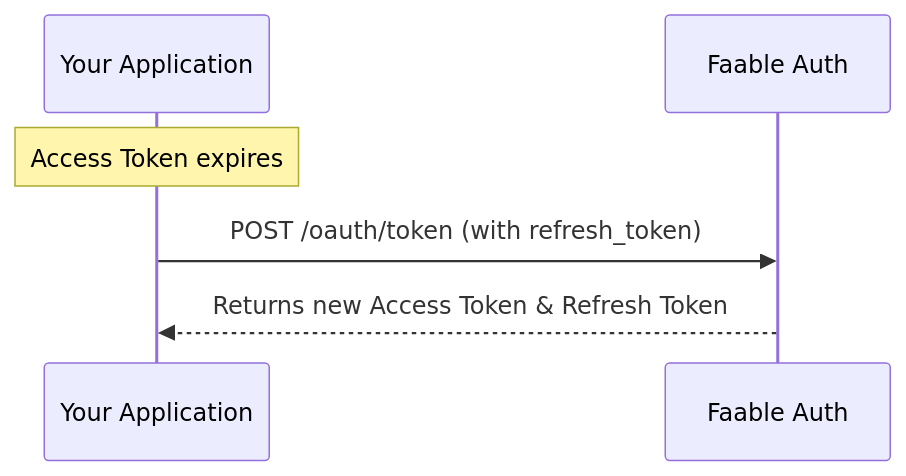
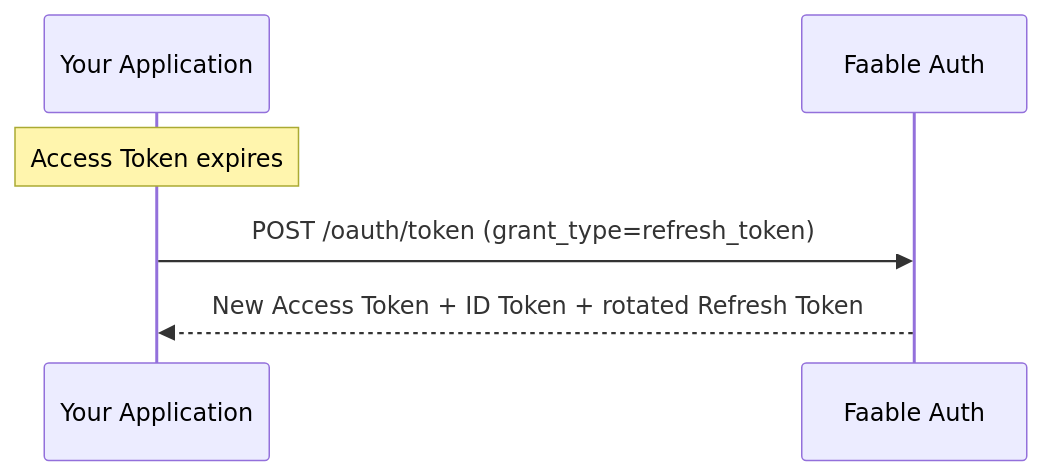
Before and after one commit to faablecloud/docs: the diagram in content/auth/oauth-flows/refresh-token.mdx, drawn with Mermaid. The commit also changed other lines of this file and 2 other files, not shown here.

First line of the commit message:
docs(auth): rewrite refresh-token and device-code pages for ads landings

````diff
--- a/content/auth/oauth-flows/refresh-token.mdx
+++ b/content/auth/oauth-flows/refresh-token.mdx
@@ -14,9 +19,9 @@
 ```mermaid
 sequenceDiagram
     participant App as Your Application
     participant Faable as Faable Auth
 
     Note over App: Access Token expires
-    App->>Faable: POST /oauth/token (with refresh_token)
-    Faable-->>App: Returns new Access Token & Refresh Token
+    App->>Faable: POST /oauth/token (grant_type=refresh_token)
+    Faable-->>App: New Access Token + ID Token + rotated Refresh Token
 ```
````
